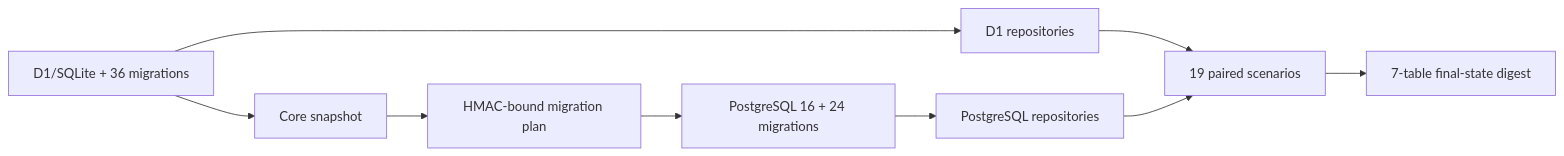
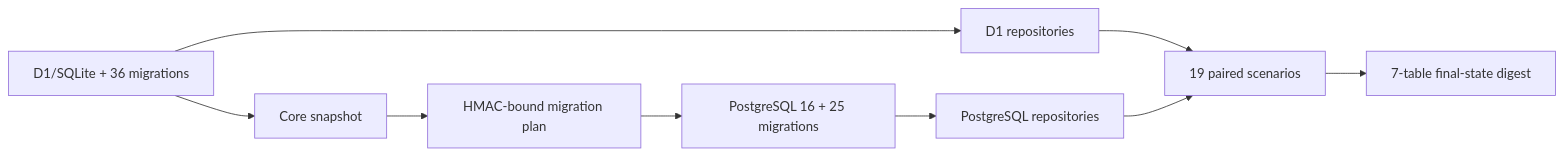
One commit to talstilkol/connect changed the diagram in docs/postgresql-core-semantic-parity.md. Above: the diagram before and after it, drawn with Mermaid. The commit also changed other lines of this file and 24 other files, not shown here.

Commit message:
feat: complete PostgreSQL data migration rehearsals

````diff
--- a/docs/postgresql-core-semantic-parity.md
+++ b/docs/postgresql-core-semantic-parity.md
@@ -56,11 +56,11 @@
 ```mermaid
 flowchart LR
   D1["D1/SQLite + 36 migrations"] --> Snapshot["Core snapshot"]
   Snapshot --> Plan["HMAC-bound migration plan"]
-  Plan --> PG["PostgreSQL 16 + 24 migrations"]
+  Plan --> PG["PostgreSQL 16 + 25 migrations"]
   D1 --> D1Repo["D1 repositories"]
   PG --> PGRepo["PostgreSQL repositories"]
   D1Repo --> Compare["19 paired scenarios"]
   PGRepo --> Compare
   Compare --> State["7-table final-state digest"]
 ```
````
